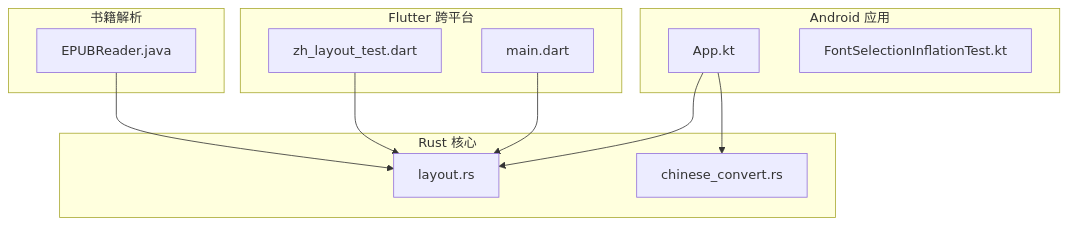
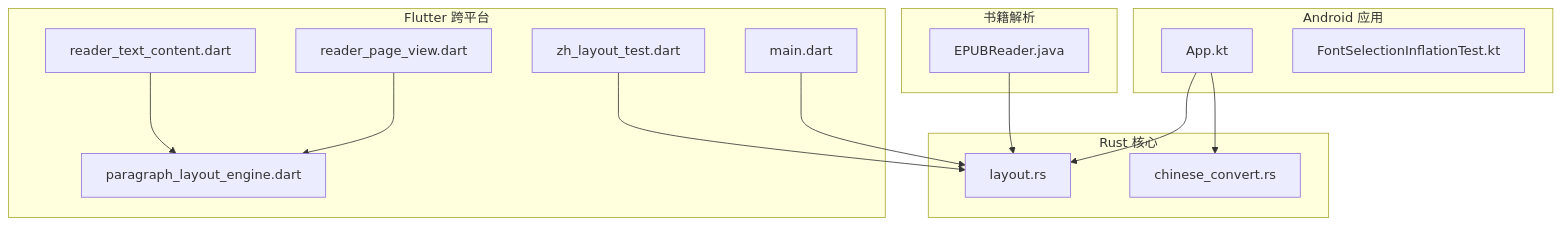
Before and after one commit to ZhangGHGitHub/LegadoTeamFlutter: the first of 11 diagrams in .qoder/repowiki/zh/content/Flutter跨平台应用/UI组件系统/中文排版引擎.md, drawn with Mermaid. The commit also changed other lines of this file and 173 other files, not shown here.

````diff
--- a/.qoder/repowiki/zh/content/Flutter跨平台应用/UI组件系统/中文排版引擎.md
+++ b/.qoder/repowiki/zh/content/Flutter跨平台应用/UI组件系统/中文排版引擎.md
@@ -47,23 +55,28 @@
 ```mermaid
 graph TB
 subgraph "Android 应用"
 A_App["App.kt"]
 A_FontTest["FontSelectionInflationTest.kt"]
 end
 subgraph "Flutter 跨平台"
 F_Main["main.dart"]
 F_Test["zh_layout_test.dart"]
+F_PageView["reader_page_view.dart"]
+F_TextContent["reader_text_content.dart"]
+F_LayoutEngine["paragraph_layout_engine.dart"]
 end
 subgraph "Rust 核心"
 R_Layout["layout.rs"]
 R_Chinese["chinese_convert.rs"]
 end
 subgraph "书籍解析"
 B_EPUB["EPUBReader.java"]
 end
 A_App --> R_Layout
 A_App --> R_Chinese
 F_Main --> R_Layout
 F_Test --> R_Layout
+F_PageView --> F_LayoutEngine
+F_TextContent --> F_LayoutEngine
 B_EPUB --> R_Layout
 ```
````
